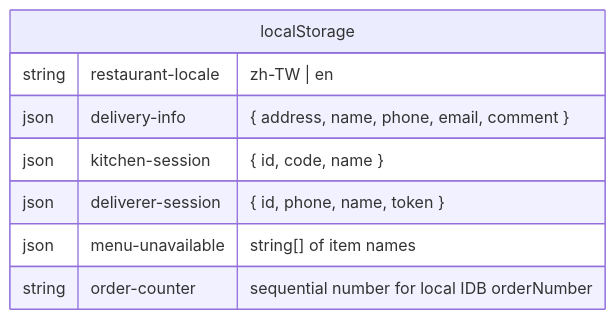
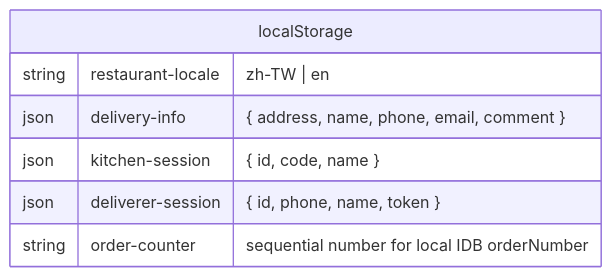
Before and after one commit to HKPooPoo/My_CLI_Re: the third of 4 diagrams in frontend/pages/restaurant/ERD.md, drawn with Mermaid. The commit also changed other lines of this file, not shown here.

First line of the commit message:
Update ERD: menu_items as active dynamic menu system

````diff
--- a/frontend/pages/restaurant/ERD.md
+++ b/frontend/pages/restaurant/ERD.md
@@ -153,11 +184,10 @@
 ```mermaid
 erDiagram
     localStorage {
         string restaurant-locale "zh-TW | en"
         json delivery-info "{ address, name, phone, email, comment }"
         json kitchen-session "{ id, code, name }"
         json deliverer-session "{ id, phone, name, token }"
-        json menu-unavailable "string[] of item names"
         string order-counter "sequential number for local IDB orderNumber"
     }
 ```
````
